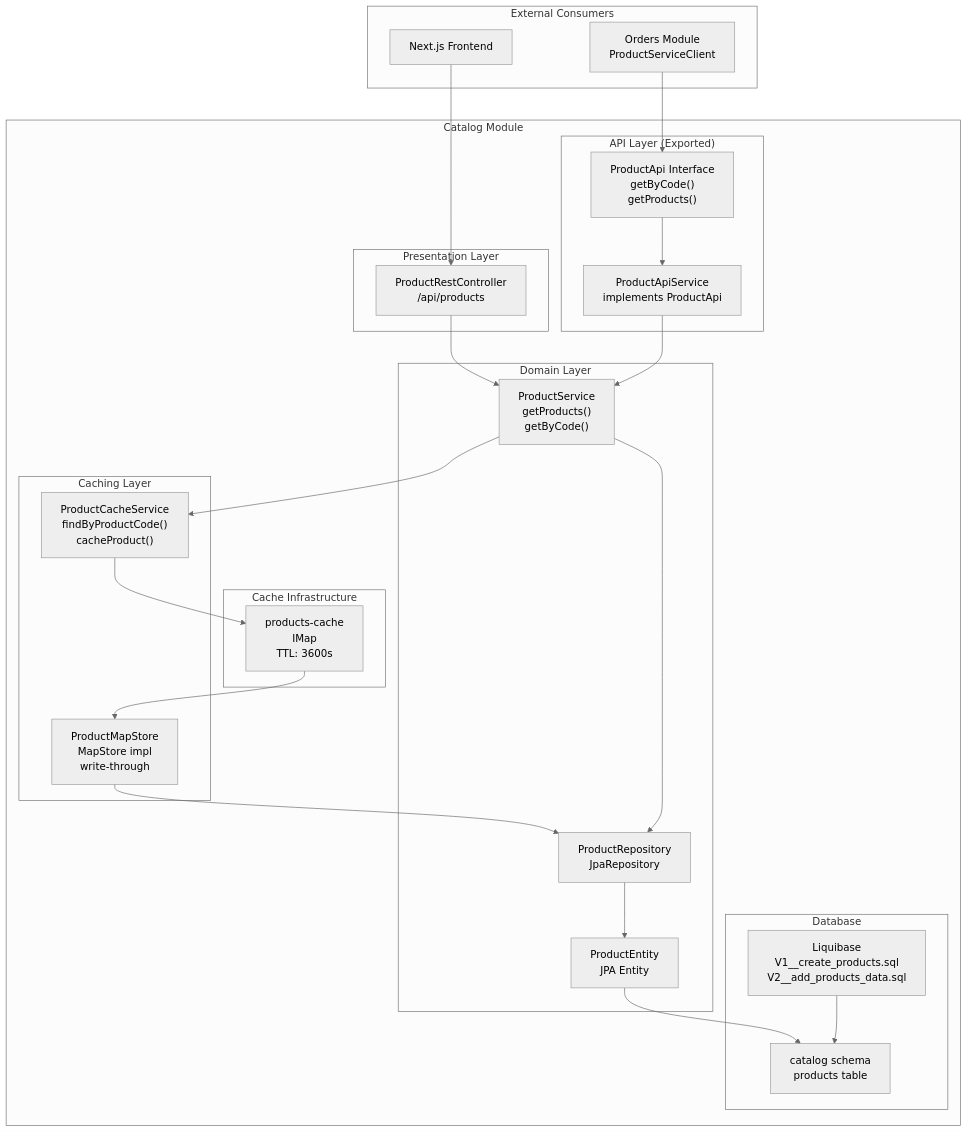
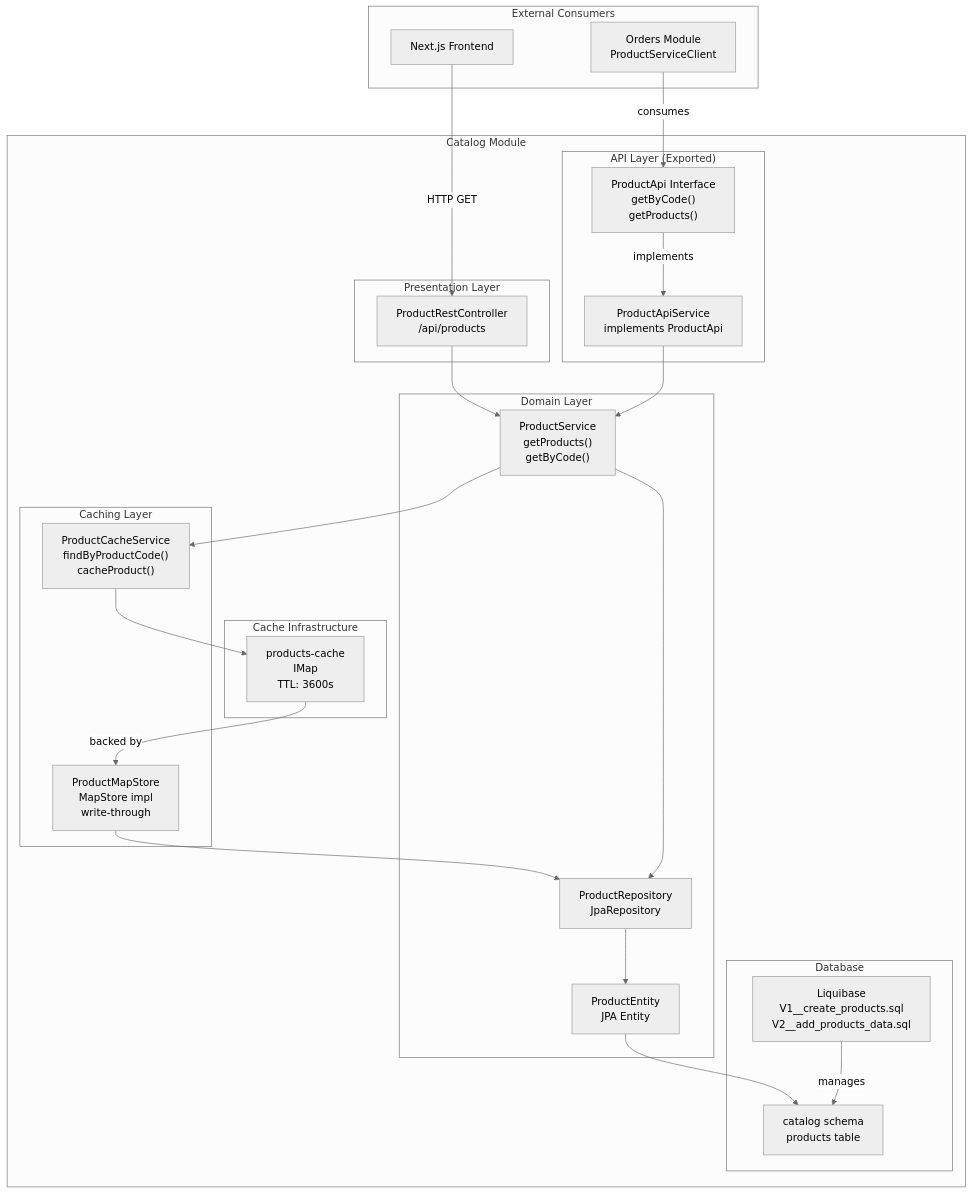
The first of 5 diagrams in docs/deepwiki/Catalog-Module.md (philipz/spring-modular-monolith), drawn with Mermaid (neutral theme) before and after one commit. The commit also changed other lines of this file and 55 other files, not shown here.

````diff
--- a/docs/deepwiki/Catalog-Module.md
+++ b/docs/deepwiki/Catalog-Module.md
@@ -56,68 +56,68 @@
 ```mermaid
 flowchart TD
 
 RestController["ProductRestController<br>/api/products"]
 ProductApi["ProductApi Interface<br>getByCode()<br>getProducts()"]
 ProductApiService["ProductApiService<br>implements ProductApi"]
 ProductService["ProductService<br>getProducts()<br>getByCode()"]
 ProductEntity["ProductEntity<br>JPA Entity"]
 ProductRepo["ProductRepository<br>JpaRepository"]
 CacheService["ProductCacheService<br>findByProductCode()<br>cacheProduct()"]
 MapStore["ProductMapStore<br>MapStore impl<br>write-through"]
 CatalogSchema["catalog schema<br>products table"]
 Liquibase["Liquibase<br>V1__create_products.sql<br>V2__add_products_data.sql"]
 HZCache["products-cache<br>IMap<br>TTL: 3600s"]
 OrdersModule["Orders Module<br>ProductServiceClient"]
 Frontend["Next.js Frontend"]
 
-OrdersModule --> ProductApi
-Frontend --> RestController
+OrdersModule -->|"consumes"| ProductApi
+Frontend -->|"HTTP GET"| RestController
 
 subgraph subGraph7 ["External Consumers"]
     OrdersModule
     Frontend
 end
 
 subgraph subGraph6 ["Catalog Module"]
     RestController --> ProductService
     ProductApiService --> ProductService
     ProductService --> CacheService
     ProductEntity --> CatalogSchema
     CacheService --> HZCache
     MapStore --> ProductRepo
-    HZCache --> MapStore
+    HZCache -->|"backed by"| MapStore
 
 subgraph subGraph5 ["Cache Infrastructure"]
     HZCache
 end
 
 subgraph Database ["Database"]
     CatalogSchema
     Liquibase
-    Liquibase --> CatalogSchema
+    Liquibase -->|"manages"| CatalogSchema
 end
 
 subgraph subGraph3 ["Caching Layer"]
     CacheService
     MapStore
 end
 
 subgraph subGraph2 ["Domain Layer"]
     ProductService
     ProductEntity
     ProductRepo
     ProductService --> ProductRepo
     ProductRepo --> ProductEntity
 end
 
 subgraph subGraph1 ["API Layer (Exported)"]
     ProductApi
     ProductApiService
-    ProductApi --> ProductApiService
+    ProductApi -->|"implements"| ProductApiService
 end
 
 subgraph subGraph0 ["Presentation Layer"]
     RestController
 end
 end
 ```
````
